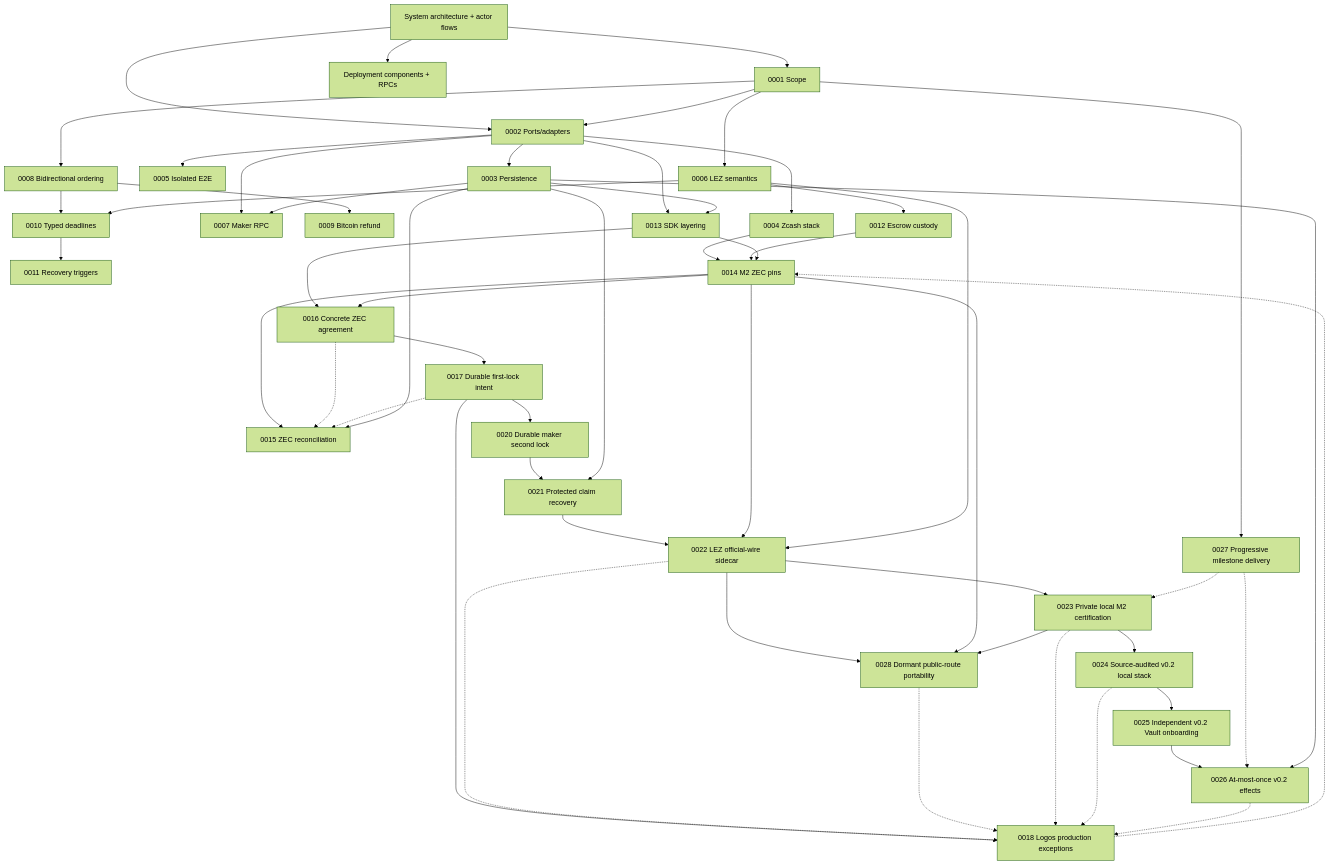
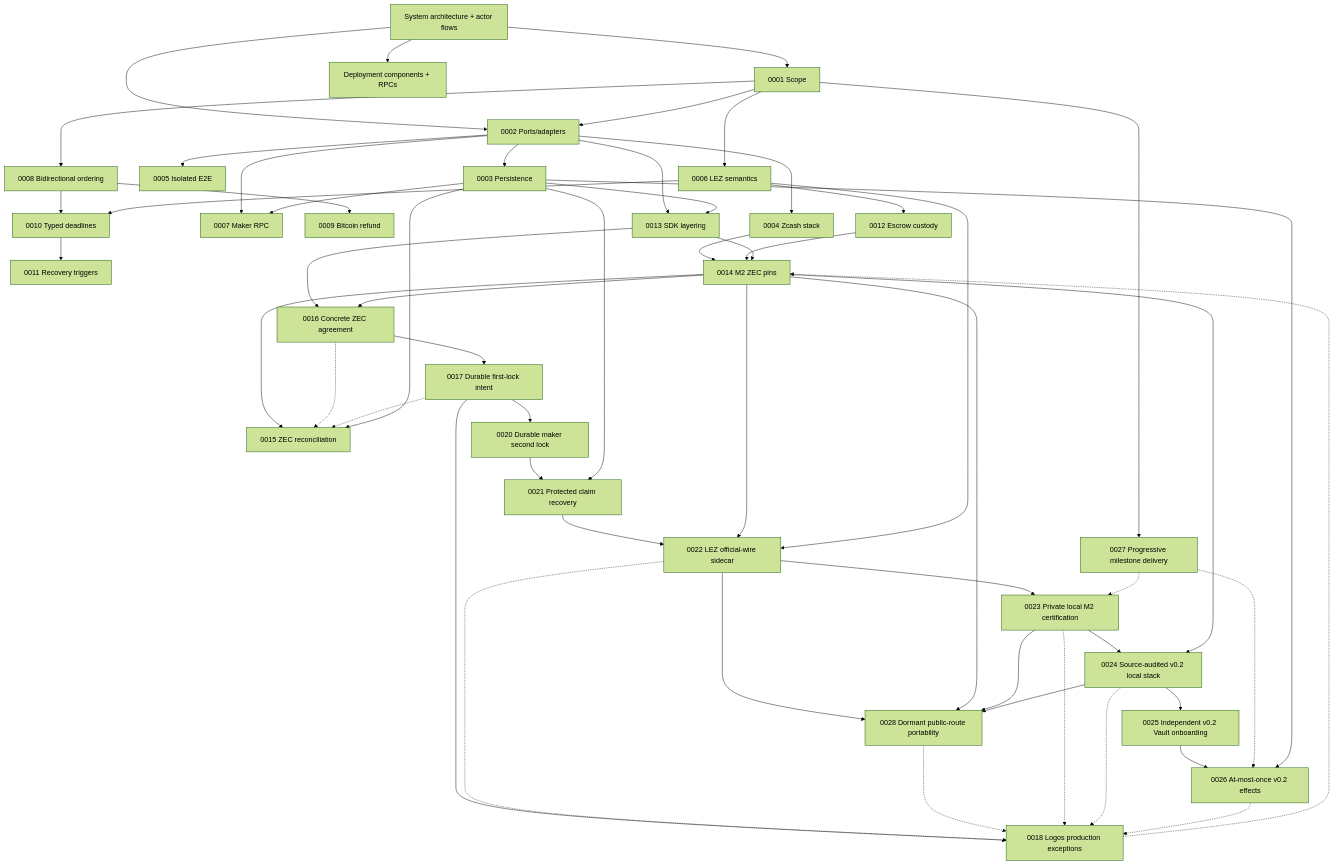
One commit to gateway-fm/lez-atomic-swaps changed the diagram in docs/architecture/README.md. Above: the diagram before and after it, drawn with Mermaid (forest theme). The commit also changed other lines of this file and 21 other files, not shown here.

````diff
--- a/docs/architecture/README.md
+++ b/docs/architecture/README.md
@@ -25,55 +27,57 @@
 ```mermaid
 flowchart TB
     System["System architecture + actor flows"] --> Scope["0001 Scope"]
     System --> Deployment["Deployment components + RPCs"]
     System --> Ports["0002 Ports/adapters"]
     Scope --> Ports
     Ports --> Persistence["0003 Persistence"]
     Ports --> Zcash["0004 Zcash stack"]
     Ports --> Docker["0005 Isolated E2E"]
     Scope --> LEZ["0006 LEZ semantics"]
     Ports --> RPC["0007 Maker RPC"]
     Scope --> Direction["0008 Bidirectional ordering"]
     Direction --> Bitcoin["0009 Bitcoin refund"]
     Direction --> Deadlines["0010 Typed deadlines"]
     LEZ --> Deadlines
     Deadlines --> Recovery["0011 Recovery triggers"]
     LEZ --> Custody["0012 Escrow custody"]
     Ports --> SDK["0013 SDK layering"]
     Zcash --> ZecPins["0014 M2 ZEC pins"]
     Custody --> ZecPins
     SDK --> ZecPins
     ZecPins --> ZecReconcile["0015 ZEC reconciliation"]
     SDK --> Agreement["0016 Concrete ZEC agreement"]
     Agreement --> FirstLock["0017 Durable first-lock intent"]
     FirstLock --> MakerLock["0020 Durable maker second lock"]
     MakerLock --> ClaimRecovery["0021 Protected claim recovery"]
     ClaimRecovery --> LezSidecar["0022 LEZ official-wire sidecar"]
     LezSidecar --> LocalM2["0023 Private local M2 certification"]
     LezSidecar --> PublicRoutes["0028 Dormant public-route portability"]
     ZecPins --> PublicRoutes
     LocalM2 --> PublicRoutes
     LocalM2 --> LocalStack["0024 Source-audited v0.2 local stack"]
+    ZecPins --> LocalStack
+    LocalStack --> PublicRoutes
     LocalStack --> VaultActors["0025 Independent v0.2 Vault onboarding"]
     VaultActors --> V02Effects["0026 At-most-once v0.2 effects"]
     Scope --> Progressive["0027 Progressive milestone delivery"]
     Progressive -.-> LocalM2
     Progressive -.-> V02Effects
     ZecPins --> LezSidecar
     LEZ --> LezSidecar
     ZecPins --> Agreement
     Agreement -.-> ZecReconcile
     FirstLock -.-> ZecReconcile
     FirstLock --> Upstream["0018 Logos production exceptions"]
     Upstream -.-> ZecPins
     Persistence --> ZecReconcile
     Persistence --> SDK
     Persistence --> RPC
     Persistence --> ClaimRecovery
     Persistence --> V02Effects
     LezSidecar -.-> Upstream
     PublicRoutes -.-> Upstream
     LocalM2 -.-> Upstream
     LocalStack -.-> Upstream
     V02Effects -.-> Upstream
 ```
````
